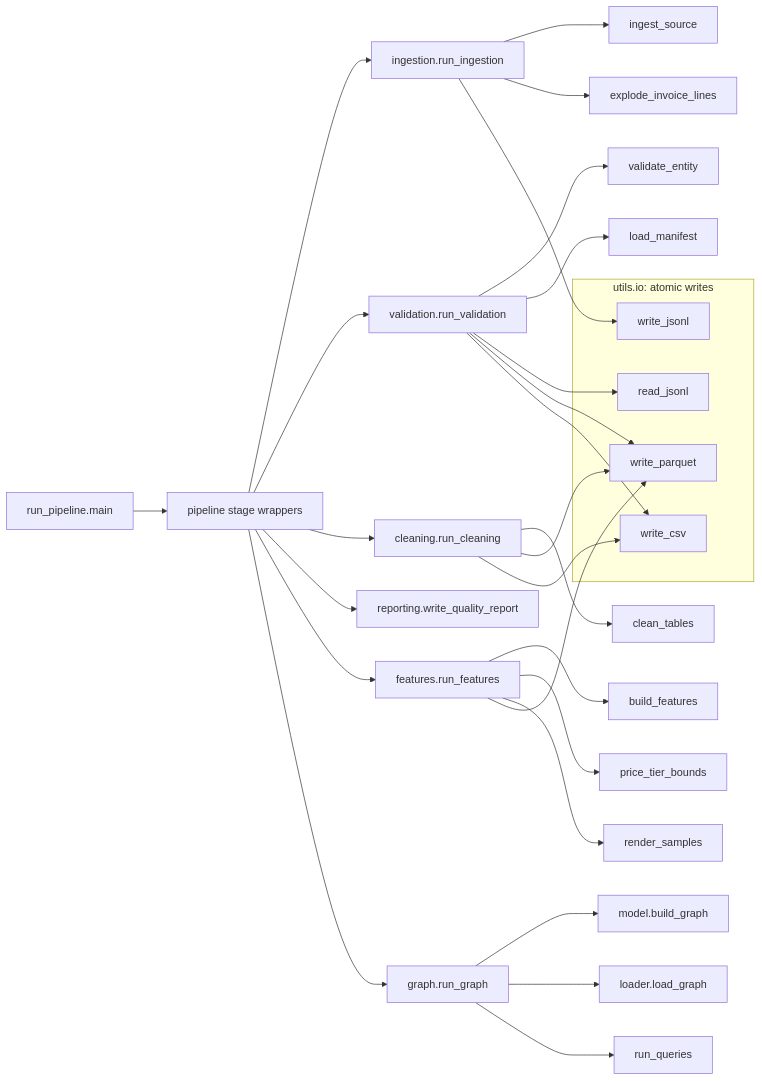
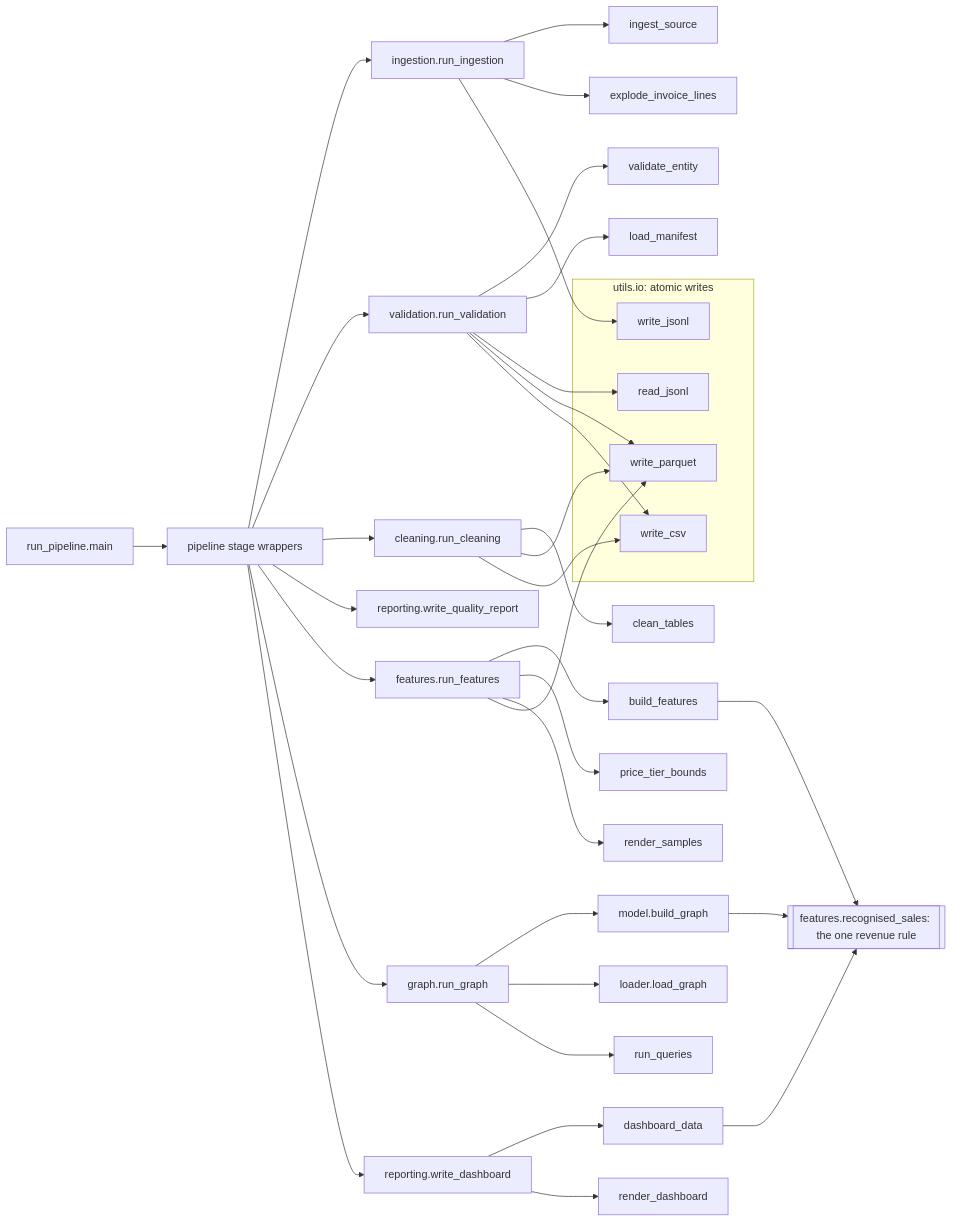
The diagram in docs/LINEAGE.md (emyrael/systemzero_dataengineering), drawn with Mermaid before and after one commit. The commit also changed other lines of this file, not shown here.

Commit message:
Show the dashboard stage and revenue-rule impact in the code map

````diff
--- a/docs/LINEAGE.md
+++ b/docs/LINEAGE.md
@@ -27,28 +27,35 @@
 ```mermaid
 graph LR
     main[run_pipeline.main] --> pipe[pipeline stage wrappers]
     pipe --> ING[ingestion.run_ingestion]
     pipe --> VAL[validation.run_validation]
     pipe --> CLN[cleaning.run_cleaning]
     pipe --> REP[reporting.write_quality_report]
     pipe --> FEA[features.run_features]
     pipe --> GRA[graph.run_graph]
+    pipe --> DSH[reporting.write_dashboard]
 
     ING --> ingest_source & explode_invoice_lines
     VAL --> validate_entity & load_manifest
     CLN --> clean_tables
     FEA --> build_features & price_tier_bounds & render_samples
     GRA --> build_graph[model.build_graph] & load_graph[loader.load_graph] & run_queries
+    DSH --> dashboard_data & render_dashboard
+
+    build_features --> RS
+    build_graph --> RS
+    dashboard_data --> RS
+    RS[[features.recognised_sales: the one revenue rule]]
 
     ING --> write_jsonl
     VAL --> read_jsonl & write_parquet & write_csv
     CLN --> write_parquet & write_csv
     FEA --> write_parquet
 
     subgraph io[utils.io: atomic writes]
         read_jsonl
         write_jsonl
         write_parquet
         write_csv
     end
 ```
````
